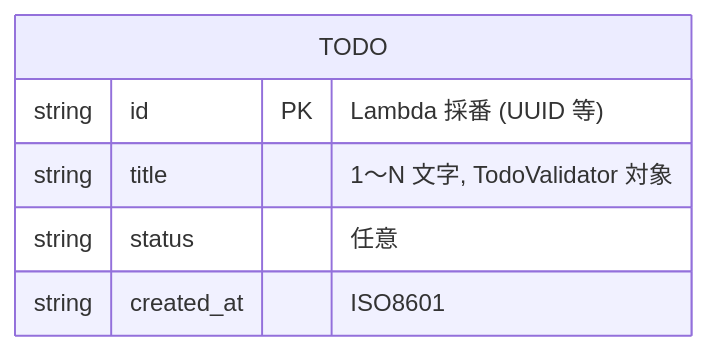
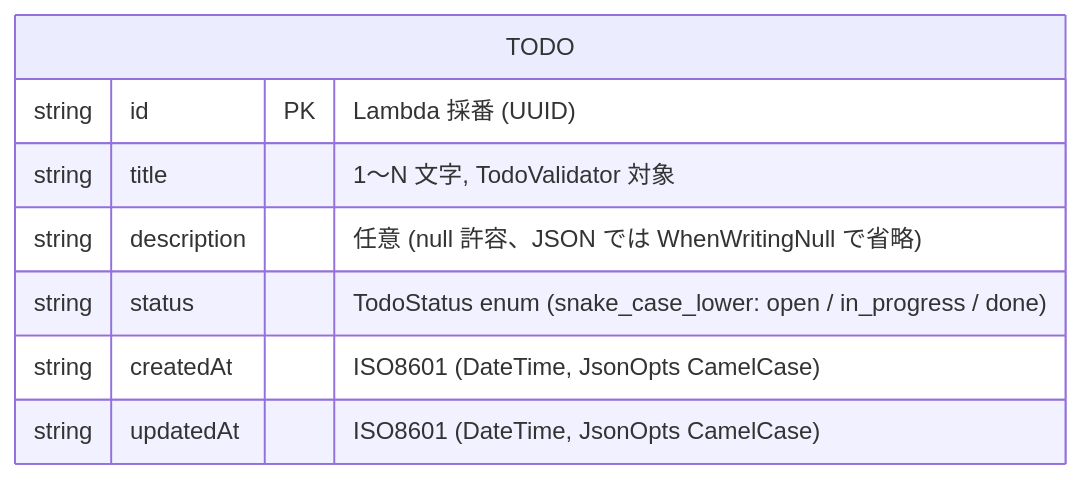
One commit to NagasakaH/dev-process changed the first of 2 diagrams in docs/floci-apigateway-csharp/design/03_data-structure-design.md. Above: the diagram before and after it, drawn with Mermaid. The commit also changed other lines of this file and 6 other files, not shown here.

````diff
--- a/docs/floci-apigateway-csharp/design/03_data-structure-design.md
+++ b/docs/floci-apigateway-csharp/design/03_data-structure-design.md
@@ -18,9 +18,11 @@
 ```mermaid
 erDiagram
     TODO {
-        string id PK "Lambda 採番 (UUID 等)"
+        string id PK "Lambda 採番 (UUID)"
         string title "1〜N 文字, TodoValidator 対象"
-        string status "任意"
-        string created_at "ISO8601"
+        string description "任意 (null 許容、JSON では WhenWritingNull で省略)"
+        string status "TodoStatus enum (snake_case_lower: open / in_progress / done)"
+        string createdAt "ISO8601 (DateTime, JsonOpts CamelCase)"
+        string updatedAt "ISO8601 (DateTime, JsonOpts CamelCase)"
     }
 ```
````
